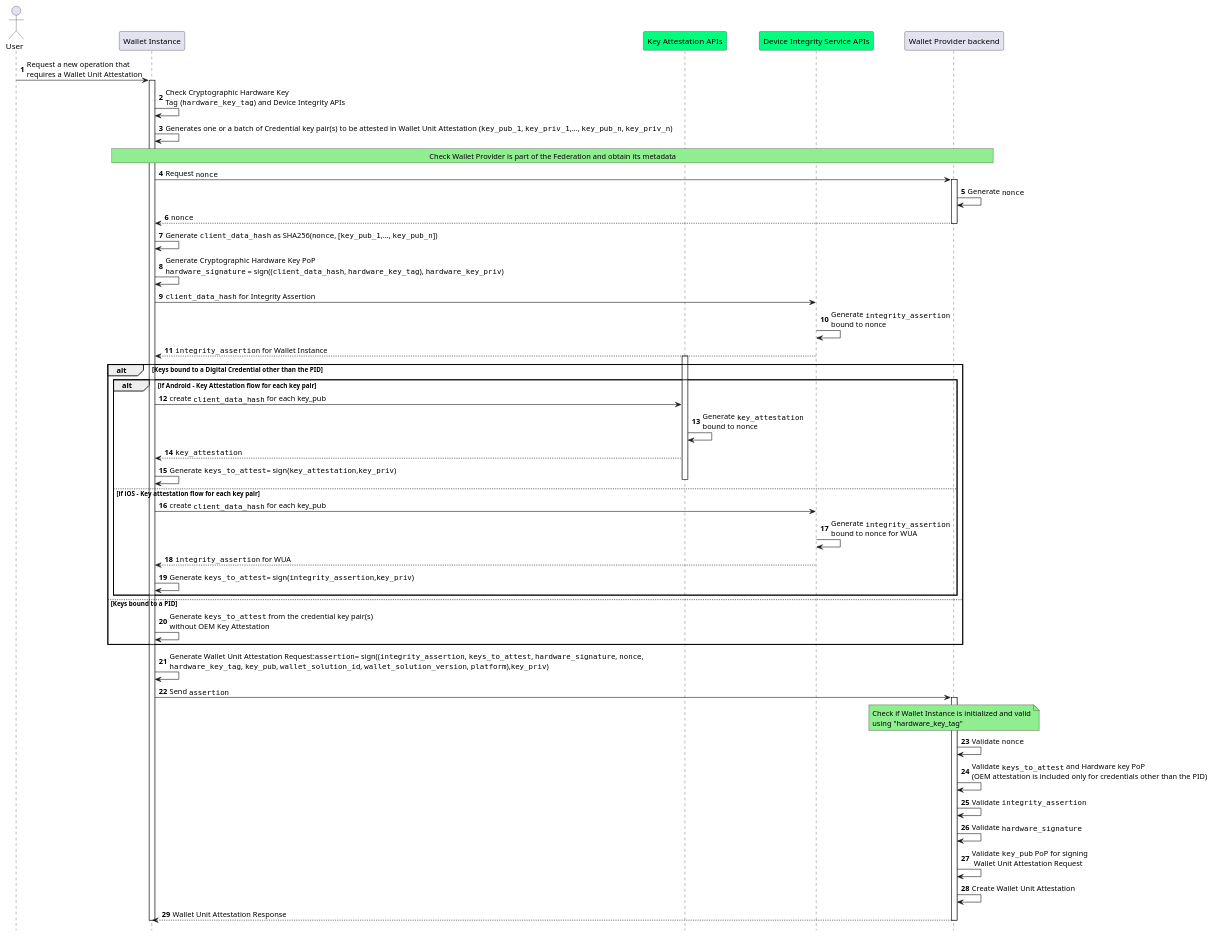
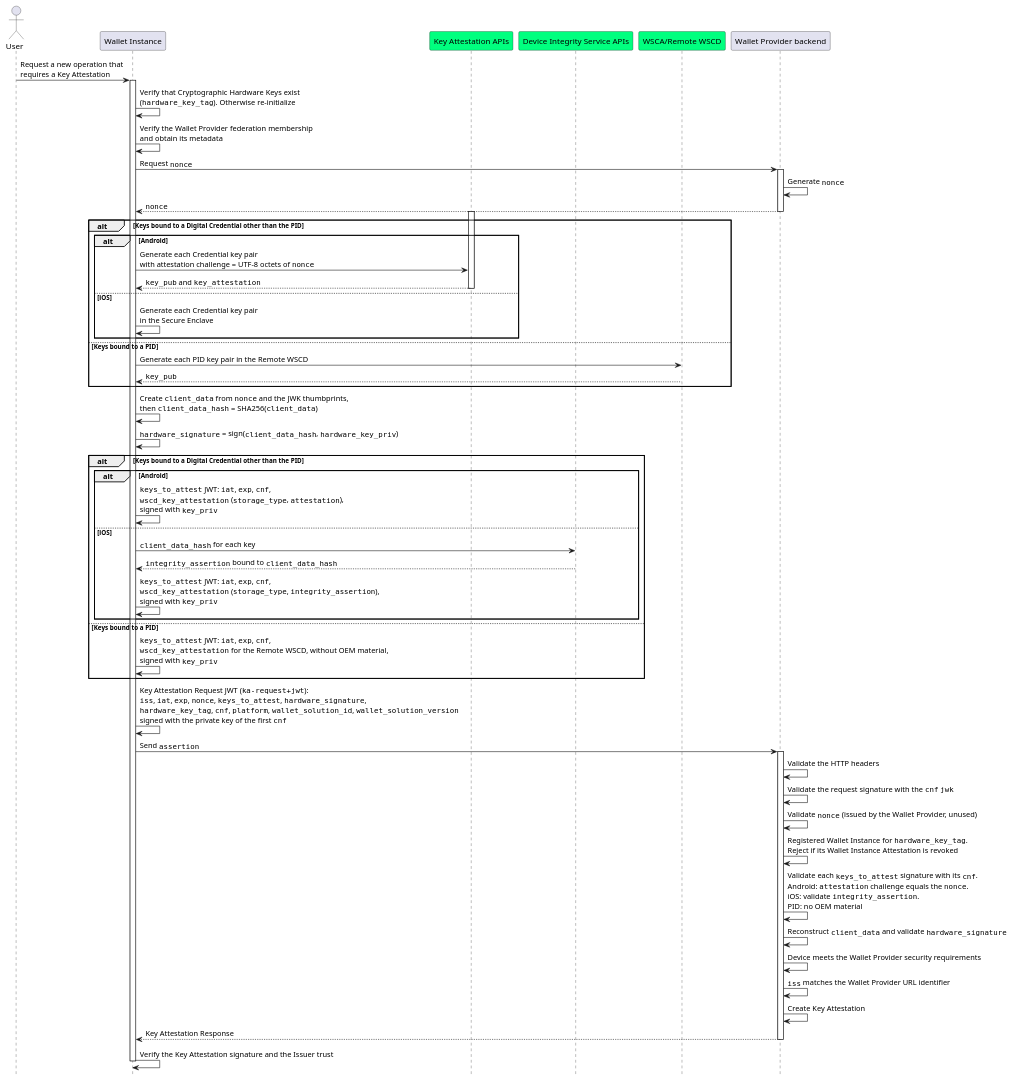
The diagram in docs/it/plantuml/wallet-attestation-issuance.puml (italia/eid-wallet-it-docs), drawn with PlantUML before and after one commit. The commit also changed 1 other file, not shown here.

Commit message:
wallet solution: diagrams updated with the eudiw arch

```diff
--- a/docs/it/plantuml/wallet-attestation-issuance.puml
+++ b/docs/it/plantuml/wallet-attestation-issuance.puml
@@ -1,88 +1,91 @@
-@startuml Wallet Unit Attestations Issuance
-autonumber
+@startuml Emissione della Key Attestation
 hide footbox
 
 'Participants
 actor "User" as user
-participant "Wallet Instance" as app 
+participant "Wallet Instance" as app
 participant "Key Attestation APIs" as kats #springgreen
 participant "Device Integrity Service APIs" as aats #springgreen
+participant "WSCA/Remote WSCD" as wsca #springgreen
 participant "Wallet Provider backend" as bck
 
-user->app: Request a new operation that\nrequires a Wallet Unit Attestation 
+user->app: Request a new operation that\nrequires a Key Attestation
 activate app
 
-app->app: Check Cryptographic Hardware Key \nTag (""hardware_key_tag"") and Device Integrity APIs
+app->app: Verify that Cryptographic Hardware Keys exist\n(""hardware_key_tag""). Otherwise re-initialize
 
-app->app: Generates one or a batch of Credential key pair(s) to be attested in Wallet Unit Attestation (""key_pub_1"", ""key_priv_1"",..., ""key_pub_n"", ""key_priv_n"")
-
-rnote over app,bck #LIGHTGREEN
-Check Wallet Provider is part of the Federation and obtain its metadata
-endrnote
+app->app: Verify the Wallet Provider federation membership\nand obtain its metadata
 
 app->bck: Request ""nonce""
 activate bck
-
 bck->bck: Generate ""nonce""
-
 bck-->app: ""nonce""
 deactivate bck
 
+alt Keys bound to a Digital Credential other than the PID
 
-app->app: Generate ""client_data_hash"" as SHA256(""nonce"", [""key_pub_1"",..., ""key_pub_n""]) 
+alt Android
 
-app->app: Generate Cryptographic Hardware Key PoP\n""hardware_signature"" = sign((""client_data_hash"", ""hardware_key_tag""), ""hardware_key_priv"")
+activate kats
+app->kats: Generate each Credential key pair\nwith attestation challenge = UTF-8 octets of ""nonce""
+kats-->app: ""key_pub"" and ""key_attestation""
+deactivate kats
 
-app->aats: ""client_data_hash"" for Integrity Assertion
-aats->aats: Generate ""integrity_assertion""\nbound to nonce 
-aats-->app: ""integrity_assertion"" for Wallet Instance
+else iOS
+
+app->app: Generate each Credential key pair\nin the Secure Enclave
+
+end
+
+else Keys bound to a PID
+
+app->wsca: Generate each PID key pair in the Remote WSCD
+wsca-->app: ""key_pub""
+
+end
+
+app->app: Create ""client_data"" from ""nonce"" and the JWK thumbprints,\nthen ""client_data_hash"" = SHA256(""client_data"")
+
+app->app: ""hardware_signature"" = sign(""client_data_hash"", ""hardware_key_priv"")
 
 alt Keys bound to a Digital Credential other than the PID
 
-alt if Android - Key Attestation flow for each key pair
+alt Android
 
-activate kats
+app->app: ""keys_to_attest"" JWT: ""iat"", ""exp"", ""cnf"",\n""wscd_key_attestation"" (""storage_type"", ""attestation""),\nsigned with ""key_priv""
 
-app->kats: create ""client_data_hash"" for each key_pub
+else iOS
 
-kats->kats: Generate ""key_attestation""\nbound to nonce
+app->aats: ""client_data_hash"" for each key
+aats-->app: ""integrity_assertion"" bound to ""client_data_hash""
+app->app: ""keys_to_attest"" JWT: ""iat"", ""exp"", ""cnf"",\n""wscd_key_attestation"" (""storage_type"", ""integrity_assertion""),\nsigned with ""key_priv""
 
-kats-->app: ""key_attestation"" 
-app->app : Generate ""keys_to_attest""= sign(""key_attestation"",""key_priv"")
-
-deactivate kats
-
-else if iOS - Key attestation flow for each key pair
-
-app->aats: create ""client_data_hash"" for each key_pub
-aats->aats: Generate ""integrity_assertion""\nbound to nonce for WUA
-aats-->app: ""integrity_assertion"" for WUA 
-app->app : Generate ""keys_to_attest""= sign(""integrity_assertion"",""key_priv"")
 end
 
 else Keys bound to a PID
-app->app: Generate ""keys_to_attest"" from the credential key pair(s)\nwithout OEM Key Attestation
+
+app->app: ""keys_to_attest"" JWT: ""iat"", ""exp"", ""cnf"",\n""wscd_key_attestation"" for the Remote WSCD, without OEM material,\nsigned with ""key_priv""
+
 end
 
-
-app->app: Generate Wallet Unit Attestation Request:""assertion""= sign((""integrity_assertion"", ""keys_to_attest"", ""hardware_signature"", ""nonce"",\n""hardware_key_tag"", ""key_pub"", ""wallet_solution_id"", ""wallet_solution_version"", ""platform""),""key_priv"")
+app->app: Key Attestation Request JWT (""ka-request+jwt""):\n""iss"", ""iat"", ""exp"", ""nonce"", ""keys_to_attest"", ""hardware_signature"",\n""hardware_key_tag"", ""cnf"", ""platform"", ""wallet_solution_id"", ""wallet_solution_version""\nsigned with the private key of the first ""cnf""
 app->bck: Send ""assertion""
 activate bck
-Note over bck, bck #LIGHTGREEN
-Check if Wallet Instance is initialized and valid
-using "hardware_key_tag"
-End note
 
-bck->bck: Validate ""nonce""
-bck->bck: Validate ""keys_to_attest"" and Hardware key PoP\n(OEM attestation is included only for credentials other than the PID)
-bck->bck: Validate ""integrity_assertion""
-bck->bck: Validate ""hardware_signature""
-bck->bck: Validate ""key_pub"" PoP for signing\n Wallet Unit Attestation Request
-bck->bck: Create Wallet Unit Attestation
+bck->bck: Validate the HTTP headers
+bck->bck: Validate the request signature with the ""cnf"" ""jwk""
+bck->bck: Validate ""nonce"" (issued by the Wallet Provider, unused)
+bck->bck: Registered Wallet Instance for ""hardware_key_tag"".\nReject if its Wallet Instance Attestation is revoked
+bck->bck: Validate each ""keys_to_attest"" signature with its ""cnf"".\nAndroid: ""attestation"" challenge equals the ""nonce"".\niOS: validate ""integrity_assertion"".\nPID: no OEM material
+bck->bck: Reconstruct ""client_data"" and validate ""hardware_signature""
+bck->bck: Device meets the Wallet Provider security requirements
+bck->bck: ""iss"" matches the Wallet Provider URL identifier
+bck->bck: Create Key Attestation
 
+bck-->app: Key Attestation Response
+deactivate bck
 
-bck-->app: Wallet Unit Attestation Response
+app->app: Verify the Key Attestation signature and the Issuer trust
 
-deactivate bck
 deactivate app
 @enduml
```
